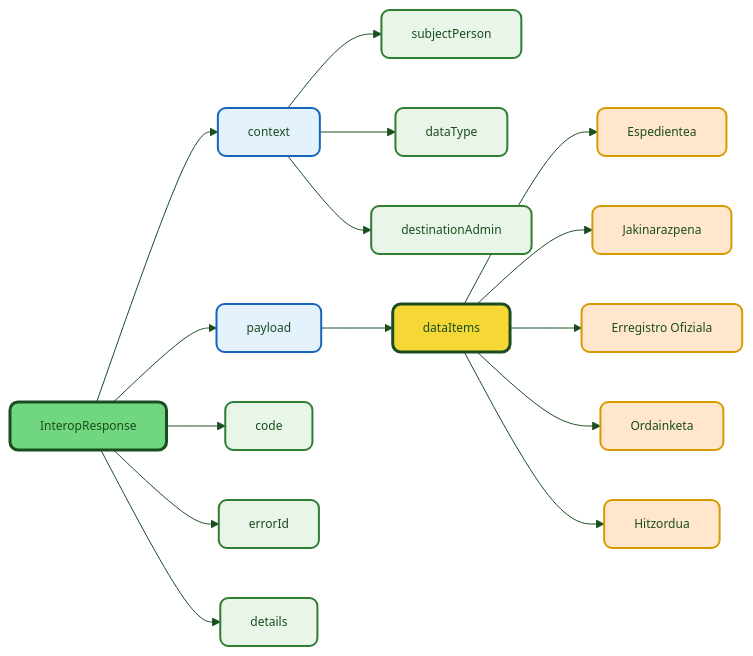
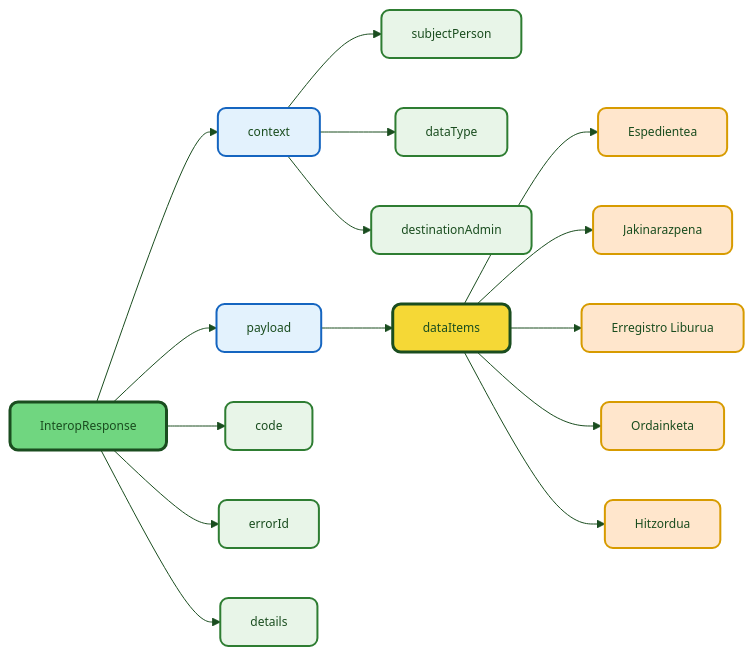
Before and after one commit to DENA-Euskadi/dena-euskadi.github.io: the third of 3 diagrams in docs/semantica/data-retrieve/index.eu.md, drawn with Mermaid. The commit also changed other lines of this file and 75 other files, not shown here.

````diff
--- a/docs/semantica/data-retrieve/index.eu.md
+++ b/docs/semantica/data-retrieve/index.eu.md
@@ -305,52 +316,52 @@
 ```mermaid
 ---
 config:
   theme: base
   themeVariables:
     primaryColor: "#FFFFFF"
     primaryTextColor: "#1a4d1f"
     primaryBorderColor: "#70d680"
     lineColor: "#1a4d1f"
     fontSize: "12px"
     fontFamily: "Manrope, sans-serif"
 ---
 flowchart LR
     ROOT["InteropResponse"] --> CTX["context"]
     ROOT --> PAYLOAD["payload"]
     ROOT --> CODE["code"]
     ROOT --> ERRID["errorId"]
     ROOT --> DETAILS["details"]
 
     CTX --> PERSON["subjectPerson"]
     CTX --> DTYPE["dataType"]
     CTX --> DEST["destinationAdmin"]
 
     PAYLOAD --> ITEMS["dataItems"]
     ITEMS --> RECORD["Espedientea"]
     ITEMS --> NOTICE["Jakinarazpena"]
-    ITEMS --> REGISTRY["Erregistro Ofiziala"]
+    ITEMS --> REGISTRY["Erregistro Liburua"]
     ITEMS --> PAYMENT["Ordainketa"]
     ITEMS --> SCHEDULE["Hitzordua"]
 
     click RECORD "./data/expediente/" "Ver documentación de Expediente"
     click NOTICE "./data/notificacion/" "Ver documentación de Notificación"
-    click REGISTRY "./data/registro-oficial/" "Ver documentación de Registro Oficial"
+    click REGISTRY "./data/libro-registro/" "Ikusi Erregistro Liburuaren dokumentazioa"
     click PAYMENT "./data/pago/" "Ver documentación de Pagos"
     click SCHEDULE "./data/cita/" "Ver documentación de Cita"
 
     style ROOT fill:#70d680,stroke:#1a4d1f,color:#1a4d1f,stroke-width:3px,rx:8,ry:8
     style CTX fill:#e3f2fd,stroke:#1565c0,color:#1a4d1f,stroke-width:2px,rx:8,ry:8
     style PAYLOAD fill:#e3f2fd,stroke:#1565c0,color:#1a4d1f,stroke-width:2px,rx:8,ry:8
     style CODE fill:#e8f5e8,stroke:#2e7d32,color:#1a4d1f,stroke-width:2px,rx:8,ry:8
     style ERRID fill:#e8f5e8,stroke:#2e7d32,color:#1a4d1f,stroke-width:2px,rx:8,ry:8
     style DETAILS fill:#e8f5e8,stroke:#2e7d32,color:#1a4d1f,stroke-width:2px,rx:8,ry:8
     style PERSON fill:#e8f5e8,stroke:#2e7d32,color:#1a4d1f,stroke-width:2px,rx:8,ry:8
     style DTYPE fill:#e8f5e8,stroke:#2e7d32,color:#1a4d1f,stroke-width:2px,rx:8,ry:8
     style DEST fill:#e8f5e8,stroke:#2e7d32,color:#1a4d1f,stroke-width:2px,rx:8,ry:8
     style ITEMS fill:#f5d836,stroke:#1a4d1f,color:#1a4d1f,stroke-width:3px,rx:8,ry:8
     style RECORD fill:#ffe6cc,stroke:#d79b00,color:#1a4d1f,stroke-width:2px,rx:8,ry:8
     style NOTICE fill:#ffe6cc,stroke:#d79b00,color:#1a4d1f,stroke-width:2px,rx:8,ry:8
     style REGISTRY fill:#ffe6cc,stroke:#d79b00,color:#1a4d1f,stroke-width:2px,rx:8,ry:8
     style PAYMENT fill:#ffe6cc,stroke:#d79b00,color:#1a4d1f,stroke-width:2px,rx:8,ry:8
     style SCHEDULE fill:#ffe6cc,stroke:#d79b00,color:#1a4d1f,stroke-width:2px,rx:8,ry:8
 ```
````
